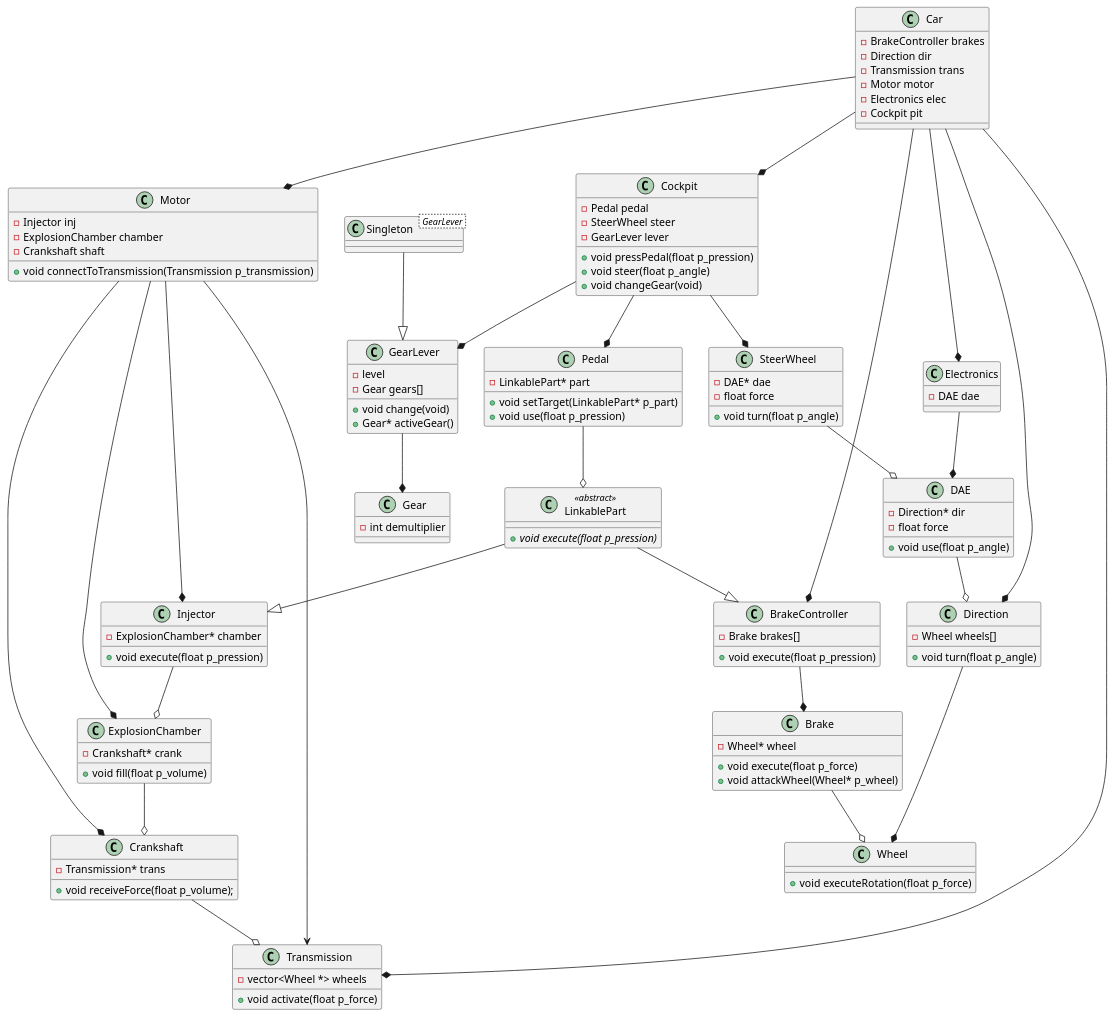
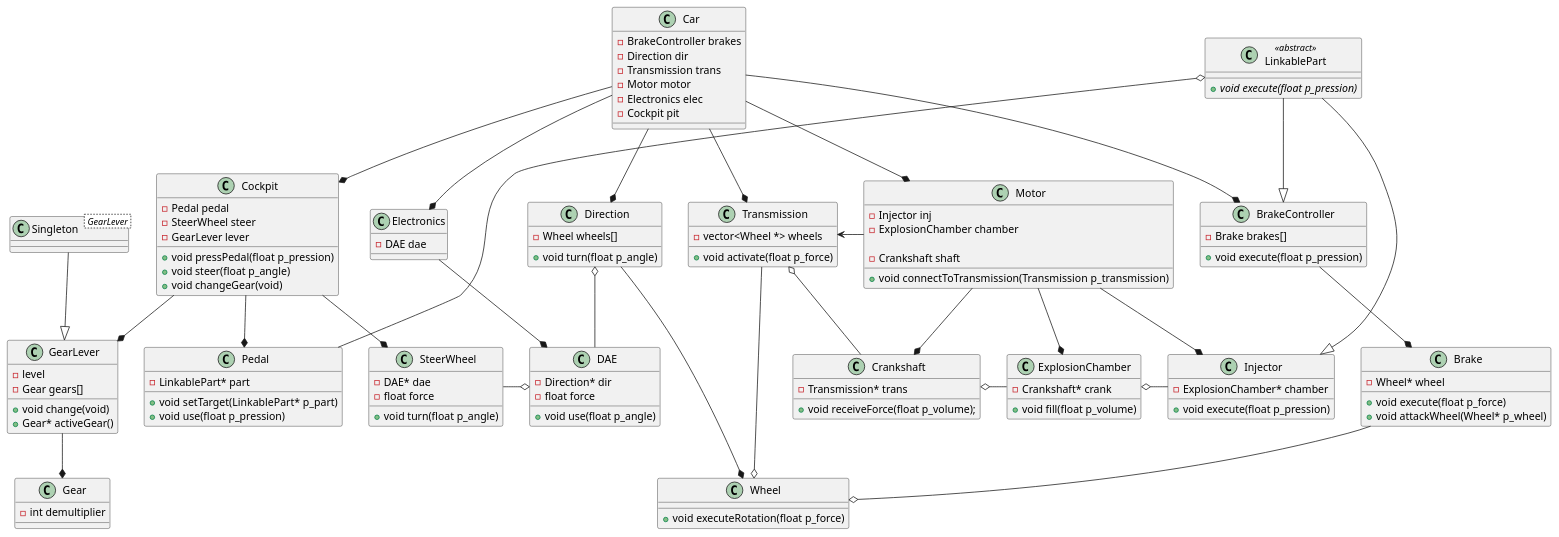
Before and after one commit to elleagn/piscine-object: the diagram in 02/subject.puml, drawn with PlantUML. The commit also changed 1 other file, not shown here.

Commit message:
Finish diagram and export to png

```diff
--- a/02/subject.puml
+++ b/02/subject.puml
@@ -1,150 +1,194 @@
 @startuml Car
 
 class LinkablePart <<abstract>> {
     {abstract} +void execute(float p_pression)
 }
-LinkablePart --|> BrakeController
-LinkablePart --|> Injector
+
 
 class Wheel {
     +void executeRotation(float p_force)
 }
 
 class Gear {
     -int demultiplier
 }
 
 class GearLever {
     -level
     - Gear gears[]
     +void change(void)
     +Gear* activeGear()
 }
-GearLever --* Gear
+
 
 class Singleton< GearLever > {
 
 }
-Singleton --|> GearLever
+
 
 class Transmission {
     -vector<Wheel *> wheels
     +void activate(float p_force)
 }
 
 class Crankshaft {
     -Transmission* trans
     +void receiveForce(float p_volume);
 }
-Crankshaft --o Transmission
 
 
 class ExplosionChamber {
     -Crankshaft* crank
     +void fill(float p_volume)
 }
-ExplosionChamber --o Crankshaft
 
 class Injector {
     -ExplosionChamber* chamber
     +void execute(float p_pression)
 }
-Injector --o ExplosionChamber
+
 
 
 class Motor {
     -Injector inj
     -ExplosionChamber chamber
+
     -Crankshaft shaft
     +void connectToTransmission(Transmission p_transmission)
 }
-Motor --* Injector
-Motor --* ExplosionChamber
-Motor --* Crankshaft
-Motor -> Transmission
 
 
 class Pedal {
     -LinkablePart* part
     +void setTarget(LinkablePart* p_part)
     +void use(float p_pression)
 }
-Pedal --o LinkablePart
 
 
 class Direction {
     -Wheel wheels[]
     +void turn(float p_angle)
 }
-Direction --* Wheel
+
 
 
 class DAE {
     -Direction* dir
     -float force
     +void use(float p_angle)
 }
-DAE --o Direction
+
 
 
 class SteerWheel {
     -DAE* dae
     -float force
     +void turn(float p_angle)
 }
-SteerWheel --o DAE
+
 
 
 class Brake {
     -Wheel* wheel
     +void execute(float p_force)
     +void attackWheel(Wheel* p_wheel)
 }
-Brake --o Wheel
+
 
 
 class BrakeController {
     -Brake brakes[]
     +void execute(float p_pression)
 }
-BrakeController --* Brake
+
 
 
 class Cockpit {
     -Pedal pedal
     -SteerWheel steer
     -GearLever lever
     +void pressPedal(float p_pression)
     +void steer(float p_angle)
     +void changeGear(void)
 }
-Cockpit --* Pedal
-Cockpit --* SteerWheel
-Cockpit --* GearLever
+
 
 
 class Electronics {
     -DAE dae
 }
-Electronics --* DAE
+
 
 
 class Car {
     -BrakeController brakes
     -Direction dir
     -Transmission trans
     -Motor motor
     -Electronics elec
     -Cockpit pit
 }
+
+' RELATIONSHIPS
+
+GearLever --* Gear
+
+Singleton --|> GearLever
+
+Crankshaft o- ExplosionChamber
+
+
+Transmission o-- Crankshaft
+
+ExplosionChamber o- Injector
+
+Motor --* Injector
+Motor --* ExplosionChamber
+Motor --* Crankshaft
+Transmission <- Motor
+
+LinkablePart o-- Pedal
+
+Direction --* Wheel
+
+Direction o-- DAE
+
+SteerWheel -o DAE
+
+Brake --o Wheel
+
+BrakeController --* Brake
+
+Cockpit --* Pedal
+Cockpit --* SteerWheel
+Cockpit --* GearLever
+
+
+Electronics --* DAE
+
 Car --* BrakeController
 Car --* Direction
 Car --* Transmission
 Car --* Motor
 Car --* Electronics
 Car --* Cockpit
 
 
 
+LinkablePart --|> BrakeController
+LinkablePart --|> Injector
+
+Transmission --o Wheel
+
+' ORGANISATION
+
+Electronics -[hidden]> Direction
+Direction -[hidden]> Transmission
+Motor-[hidden]>BrakeController
+Cockpit -[hidden]> Electronics
+Singleton -[hidden]> Cockpit
+GearLever -[hidden]>Pedal
+Pedal -[hidden]> SteerWheel
+Injector -[hidden]> Brake
 
 @enduml
```
